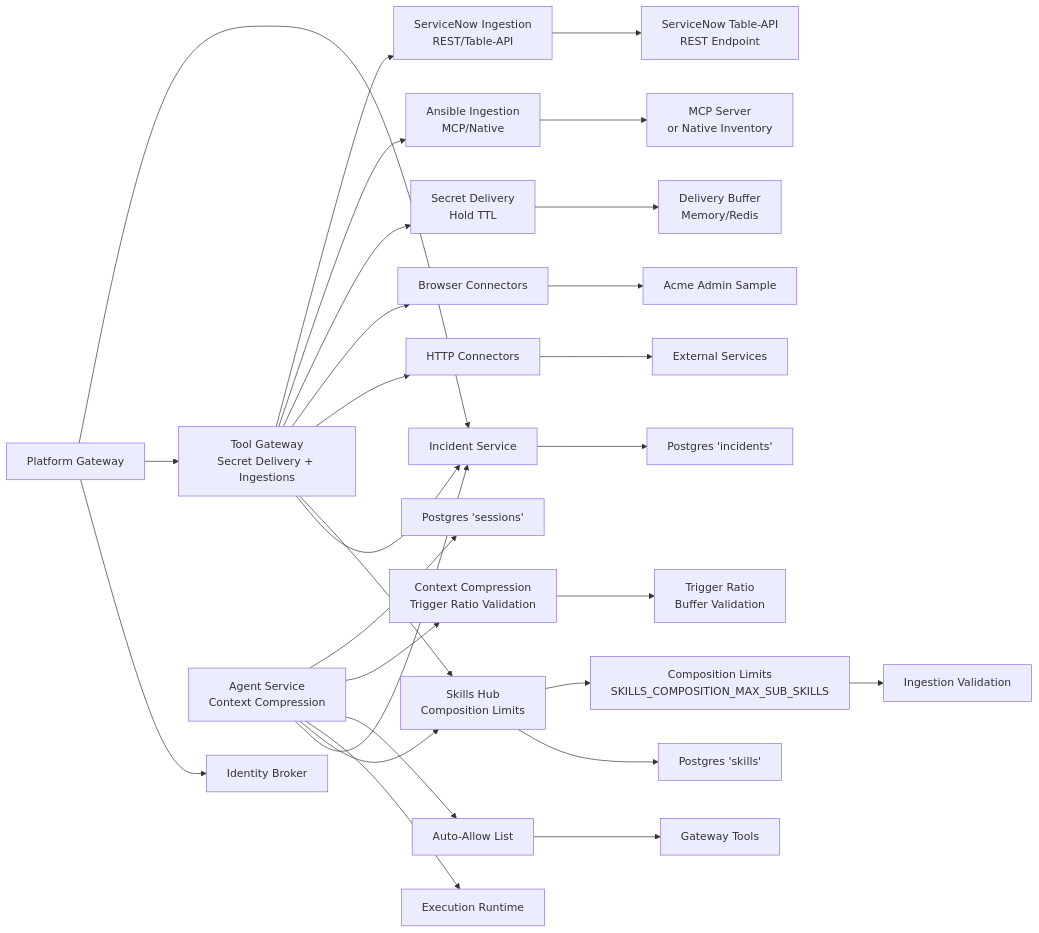
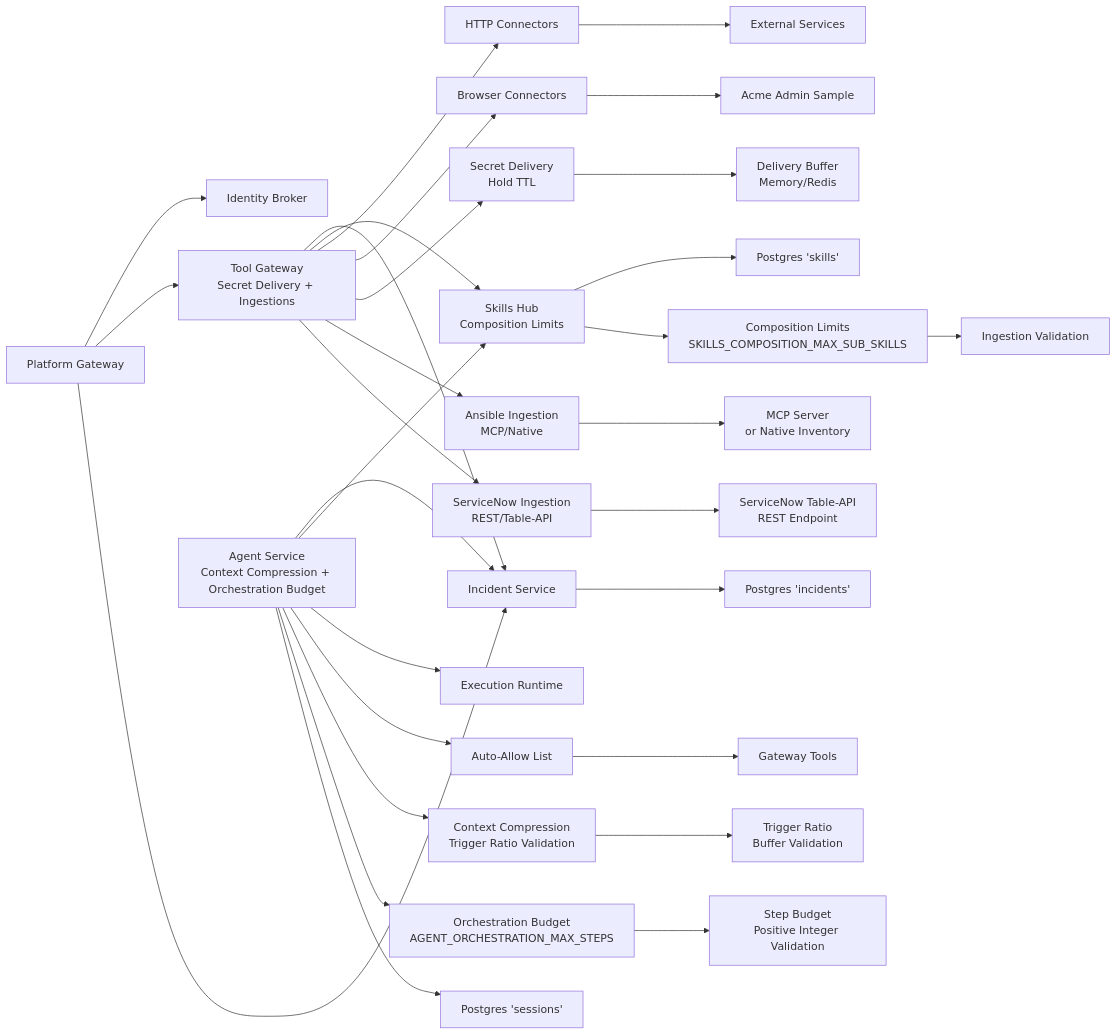
One commit to metasync/luban-aiops changed the fourth of 4 diagrams in .qoder/repowiki/en/content/Deployment and Operations/Configuration Management.md. Above: the diagram before and after it, drawn with Mermaid. The commit also changed other lines of this file and 164 other files, not shown here.

````diff
--- a/.qoder/repowiki/en/content/Deployment and Operations/Configuration Management.md
+++ b/.qoder/repowiki/en/content/Deployment and Operations/Configuration Management.md
@@ -928,30 +1027,32 @@
 ```mermaid
 graph LR
 PGW["Platform Gateway"] --> IB["Identity Broker"]
 PGW --> TG["Tool Gateway<br/>Secret Delivery + Ingestions"]
 PGW --> IS["Incident Service"]
 TG --> IS
 TG --> SH["Skills Hub<br/>Composition Limits"]
 TG --> HTTP["HTTP Connectors"]
 TG --> BROWSER["Browser Connectors"]
 TG --> SECRET["Secret Delivery<br/>Hold TTL"]
 TG --> ANSIBLE["Ansible Ingestion<br/>MCP/Native"]
 TG --> SERVICENOW["ServiceNow Ingestion<br/>REST/Table-API"]
-AG["Agent Service<br/>Context Compression"] --> IS
+AG["Agent Service<br/>Context Compression + Orchestration Budget"] --> IS
 AG --> SH
 AG --> EXEC["Execution Runtime"]
 AG --> AUTOALLOW["Auto-Allow List"]
 AG --> COMPRESS["Context Compression<br/>Trigger Ratio Validation"]
+AG --> ORCH["Orchestration Budget<br/>AGENT_ORCHESTRATION_MAX_STEPS"]
 IS --> DBI["Postgres 'incidents'"]
 SH --> DBS["Postgres 'skills'"]
 SH --> LIMITS["Composition Limits<br/>SKILLS_COMPOSITION_MAX_SUB_SKILLS"]
 AG --> DBA["Postgres 'sessions'"]
 HTTP --> External["External Services"]
 BROWSER --> ACME["Acme Admin Sample"]
 AUTOALLOW --> TOOLS["Gateway Tools"]
 LIMITS --> VALIDATION["Ingestion Validation"]
 SECRET --> BUFFER["Delivery Buffer<br/>Memory/Redis"]
 COMPRESS --> TRIGGER["Trigger Ratio<br/>Buffer Validation"]
+ORCH --> BUDGET["Step Budget<br/>Positive Integer Validation"]
 ANSIBLE --> MCPSERVER["MCP Server<br/>or Native Inventory"]
 SERVICENOW --> SNOWAPI["ServiceNow Table-API<br/>REST Endpoint"]
 ```
````
